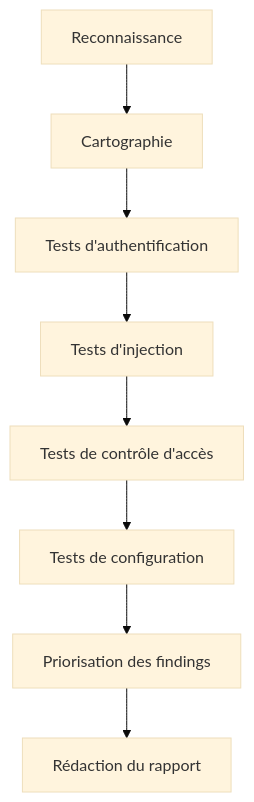
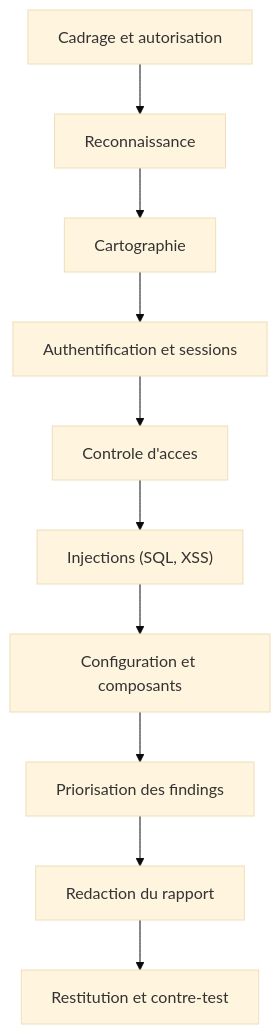
The diagram in content/courses/web-security/08-methodologie-rapport.md (AureDulvresse/nyx), drawn with Mermaid (base theme) before and after one commit. The commit also changed other lines of this file and 167 other files, not shown here.

````diff
--- a/content/courses/web-security/08-methodologie-rapport.md
+++ b/content/courses/web-security/08-methodologie-rapport.md
@@ -21,10 +26,12 @@
 ```mermaid
-graph TD
-    A[Reconnaissance] --> B[Cartographie]
-    B --> C[Tests d'authentification]
-    C --> D[Tests d'injection]
-    D --> E[Tests de contrôle d'accès]
-    E --> F[Tests de configuration]
-    F --> G[Priorisation des findings]
-    G --> H[Rédaction du rapport]
+flowchart TD
+    A["Cadrage et autorisation"] --> B["Reconnaissance"]
+    B --> C["Cartographie"]
+    C --> D["Authentification et sessions"]
+    D --> E["Controle d'acces"]
+    E --> F["Injections (SQL, XSS)"]
+    F --> G["Configuration et composants"]
+    G --> H["Priorisation des findings"]
+    H --> I["Redaction du rapport"]
+    I --> J["Restitution et contre-test"]
 ```
````
